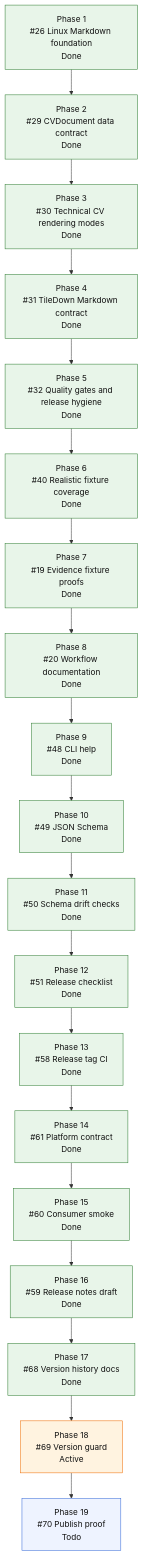
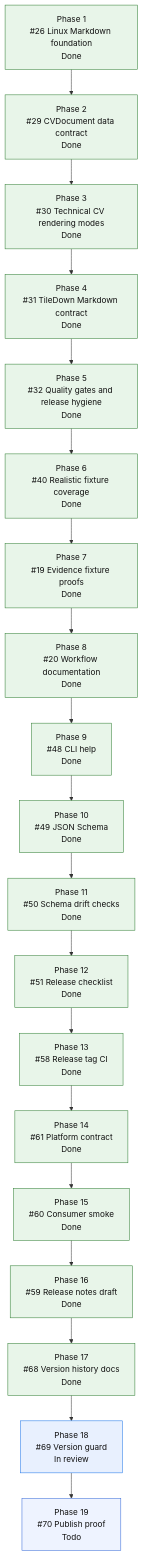
The diagram in README.md (mihaelamj/cvbuilder), drawn with Mermaid before and after one commit. The commit also changed 1 other file, not shown here.

Commit message:
docs(roadmap): mark release guard in review

````diff
--- a/README.md
+++ b/README.md
@@ -169,36 +169,36 @@
 ```mermaid
 flowchart TD
     P1["Phase 1<br/>#26 Linux Markdown foundation<br/>Done"]
     P2["Phase 2<br/>#29 CVDocument data contract<br/>Done"]
     P3["Phase 3<br/>#30 Technical CV rendering modes<br/>Done"]
     P4["Phase 4<br/>#31 TileDown Markdown contract<br/>Done"]
     P5["Phase 5<br/>#32 Quality gates and release hygiene<br/>Done"]
     P6["Phase 6<br/>#40 Realistic fixture coverage<br/>Done"]
     P7["Phase 7<br/>#19 Evidence fixture proofs<br/>Done"]
     P8["Phase 8<br/>#20 Workflow documentation<br/>Done"]
     P9["Phase 9<br/>#48 CLI help<br/>Done"]
     P10["Phase 10<br/>#49 JSON Schema<br/>Done"]
     P11["Phase 11<br/>#50 Schema drift checks<br/>Done"]
     P12["Phase 12<br/>#51 Release checklist<br/>Done"]
     P13["Phase 13<br/>#58 Release tag CI<br/>Done"]
     P14["Phase 14<br/>#61 Platform contract<br/>Done"]
     P15["Phase 15<br/>#60 Consumer smoke<br/>Done"]
     P16["Phase 16<br/>#59 Release notes draft<br/>Done"]
     P17["Phase 17<br/>#68 Version history docs<br/>Done"]
-    P18["Phase 18<br/>#69 Version guard<br/>Active"]
+    P18["Phase 18<br/>#69 Version guard<br/>In review"]
     P19["Phase 19<br/>#70 Publish proof<br/>Todo"]
 
     P1 --> P2 --> P3 --> P4 --> P5 --> P6 --> P7 --> P8 --> P9 --> P10 --> P11 --> P12 --> P13 --> P14 --> P15 --> P16 --> P17 --> P18 --> P19
 
     classDef done fill:#e8f5e9,stroke:#2e7d32,color:#111;
     classDef active fill:#fff3e0,stroke:#ef6c00,color:#111;
     classDef review fill:#e8f0fe,stroke:#1a73e8,color:#111;
     classDef next fill:#fff8e1,stroke:#f9a825,color:#111;
     classDef partial fill:#e0f7fa,stroke:#00838f,color:#111;
     classDef todo fill:#eef3ff,stroke:#3367d6,color:#111;
     class P1,P2,P3,P4 done;
     class P5,P6,P7,P8,P9,P10,P11,P12,P13,P14,P15,P16 done;
     class P17 done;
-    class P18 active;
+    class P18 review;
     class P19 todo;
 ```
````
